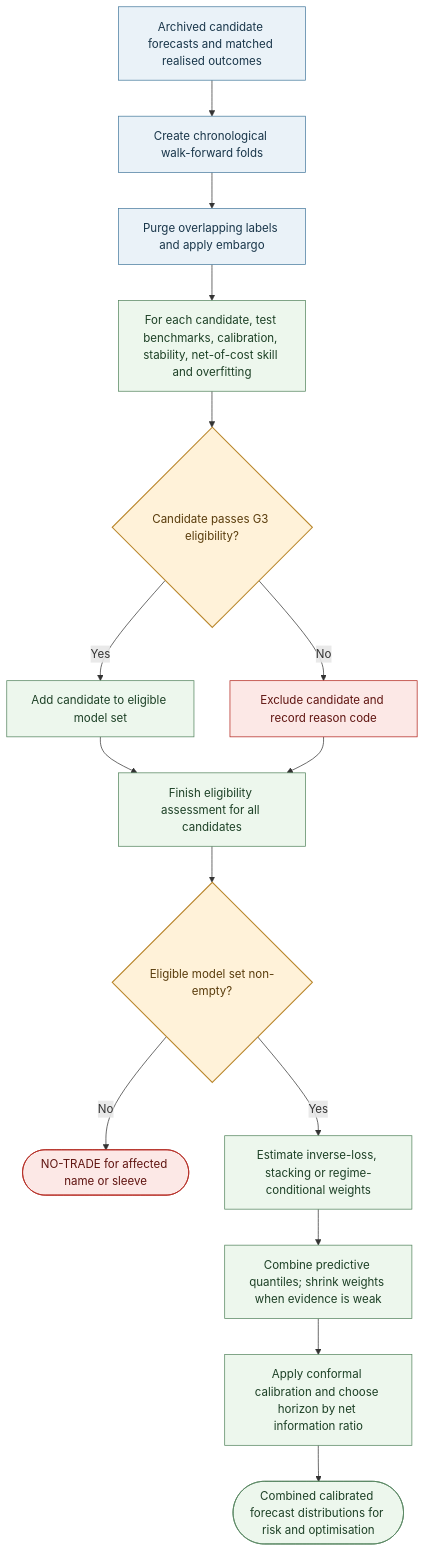
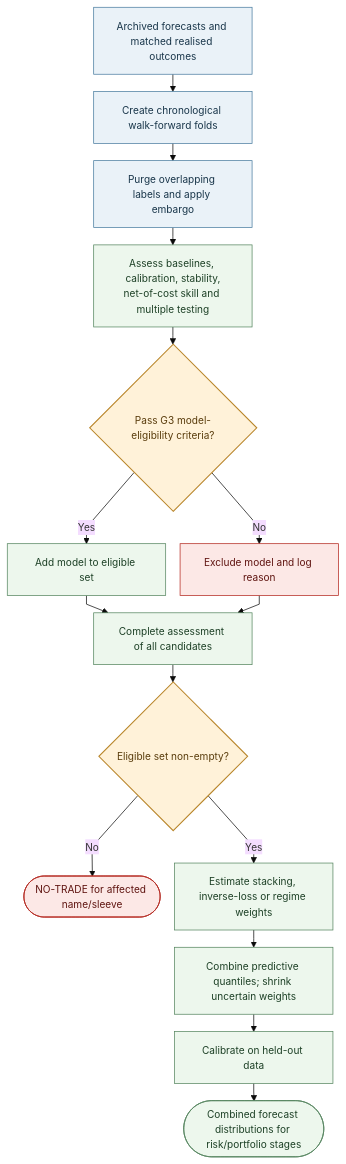
One commit to dannysilverio6-creator/AQP---LSEG changed the tenth of 15 diagrams in AQP OVERVIEW.md. Above: the diagram before and after it, drawn with Mermaid. The commit also changed other lines of this file, not shown here.

````diff
--- a/AQP OVERVIEW.md
+++ b/AQP OVERVIEW.md
@@ -556,26 +584,26 @@
 ```mermaid
+%%{init: {"theme": "base", "flowchart": {"nodeSpacing": 20, "rankSpacing": 24, "wrappingWidth": 160, "diagramPadding": 24, "curve": "linear"}, "themeVariables": {"fontSize": "14px"}}}%%
 flowchart TB
-    A[Archived candidate forecasts and matched realised outcomes] --> B[Create chronological walk-forward folds]
+    A[Archived forecasts and matched realised outcomes] --> B[Create chronological walk-forward folds]
     B --> C[Purge overlapping labels and apply embargo]
-    C --> D[For each candidate, test benchmarks, calibration, stability, net-of-cost skill and overfitting]
-    D --> E{Candidate passes G3 eligibility?}
-    E -->|Yes| F[Add candidate to eligible model set]
-    E -->|No| X[Exclude candidate and record reason code]
-    F --> G[Finish eligibility assessment for all candidates]
+    C --> D["Assess baselines, calibration, stability,<br/>net-of-cost skill and multiple testing"]
+    D --> E{Pass G3 model-eligibility criteria?}
+    E -->|No| X[Exclude model and log reason]
+    E -->|Yes| F[Add model to eligible set]
+    F --> G[Complete assessment of all candidates]
     X --> G
-    G --> H{Eligible model set non-empty?}
-    H -->|No| N([NO-TRADE for affected name or sleeve])
-    H -->|Yes| I[Estimate inverse-loss, stacking or regime-conditional weights]
-    I --> J[Combine predictive quantiles; shrink weights when evidence is weak]
-    J --> K[Apply conformal calibration and choose horizon by net information ratio]
-    K --> L([Combined calibrated forecast distributions for risk and optimisation])
-
+    G --> H{Eligible set non-empty?}
+    H -->|No| N([NO-TRADE for affected name/sleeve])
+    H -->|Yes| I[Estimate stacking, inverse-loss or regime weights]
+    I --> J[Combine predictive quantiles; shrink uncertain weights]
+    J --> K[Calibrate on held-out data]
+    K --> L([Combined forecast distributions for risk/portfolio stages])
     classDef data fill:#eaf2f8,stroke:#477b9e,color:#19364a;
     classDef model fill:#edf7ed,stroke:#54845e,color:#1d4026;
     classDef gate fill:#fff2d9,stroke:#b9862b,color:#593c0c,stroke-width:1.5px;
     classDef stop fill:#fce8e6,stroke:#b3261e,color:#5f1410;
     class A,B,C data;
     class D,F,G,I,J,K,L model;
     class E,H gate;
     class X,N stop;
 ```
````
